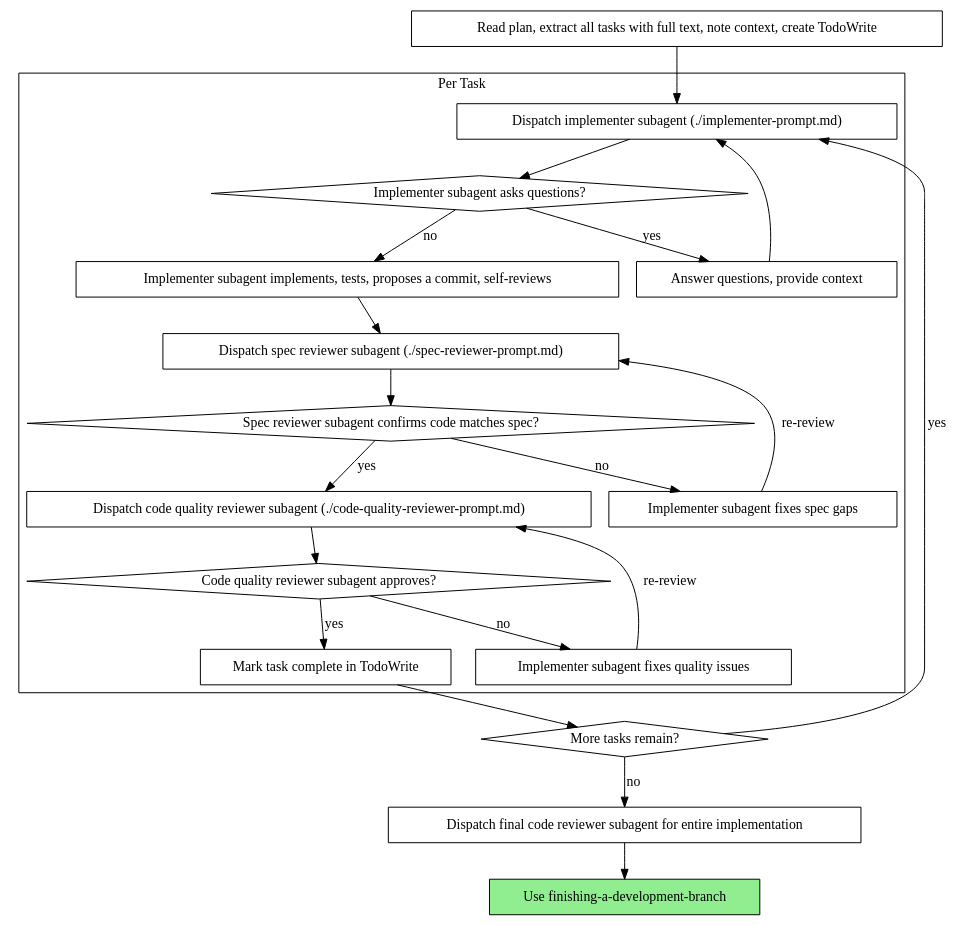
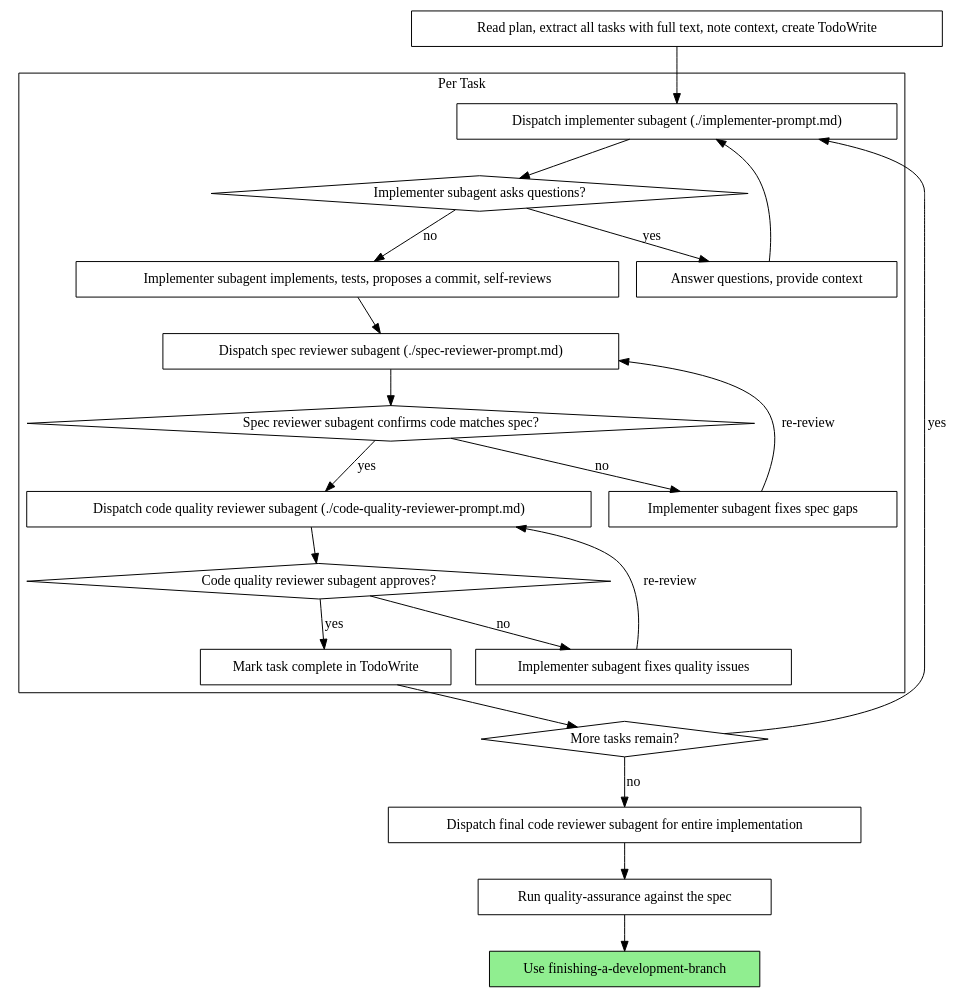
One commit to Ghosteken/agent-harness changed the second of 2 diagrams in skills/subagent-driven-development/SKILL.md. Above: the diagram before and after it, drawn with Graphviz. The commit also changed other lines of this file and 2 other files, not shown here.

First line of the commit message:
docs: add quality-assurance steps

````diff
--- a/skills/subagent-driven-development/SKILL.md
+++ b/skills/subagent-driven-development/SKILL.md
@@ -34,44 +34,46 @@
 ```dot
 digraph process {
     rankdir=TB;
 
     subgraph cluster_per_task {
         label="Per Task";
         "Dispatch implementer subagent (./implementer-prompt.md)" [shape=box];
         "Implementer subagent asks questions?" [shape=diamond];
         "Answer questions, provide context" [shape=box];
         "Implementer subagent implements, tests, proposes a commit, self-reviews" [shape=box];
         "Dispatch spec reviewer subagent (./spec-reviewer-prompt.md)" [shape=box];
         "Spec reviewer subagent confirms code matches spec?" [shape=diamond];
         "Implementer subagent fixes spec gaps" [shape=box];
         "Dispatch code quality reviewer subagent (./code-quality-reviewer-prompt.md)" [shape=box];
         "Code quality reviewer subagent approves?" [shape=diamond];
         "Implementer subagent fixes quality issues" [shape=box];
         "Mark task complete in TodoWrite" [shape=box];
     }
 
     "Read plan, extract all tasks with full text, note context, create TodoWrite" [shape=box];
     "More tasks remain?" [shape=diamond];
     "Dispatch final code reviewer subagent for entire implementation" [shape=box];
+    "Run quality-assurance against the spec" [shape=box];
     "Use finishing-a-development-branch" [shape=box style=filled fillcolor=lightgreen];
 
     "Read plan, extract all tasks with full text, note context, create TodoWrite" -> "Dispatch implementer subagent (./implementer-prompt.md)";
     "Dispatch implementer subagent (./implementer-prompt.md)" -> "Implementer subagent asks questions?";
     "Implementer subagent asks questions?" -> "Answer questions, provide context" [label="yes"];
     "Answer questions, provide context" -> "Dispatch implementer subagent (./implementer-prompt.md)";
     "Implementer subagent asks questions?" -> "Implementer subagent implements, tests, proposes a commit, self-reviews" [label="no"];
     "Implementer subagent implements, tests, proposes a commit, self-reviews" -> "Dispatch spec reviewer subagent (./spec-reviewer-prompt.md)";
     "Dispatch spec reviewer subagent (./spec-reviewer-prompt.md)" -> "Spec reviewer subagent confirms code matches spec?";
     "Spec reviewer subagent confirms code matches spec?" -> "Implementer subagent fixes spec gaps" [label="no"];
     "Implementer subagent fixes spec gaps" -> "Dispatch spec reviewer subagent (./spec-reviewer-prompt.md)" [label="re-review"];
     "Spec reviewer subagent confirms code matches spec?" -> "Dispatch code quality reviewer subagent (./code-quality-reviewer-prompt.md)" [label="yes"];
     "Dispatch code quality reviewer subagent (./code-quality-reviewer-prompt.md)" -> "Code quality reviewer subagent approves?";
     "Code quality reviewer subagent approves?" -> "Implementer subagent fixes quality issues" [label="no"];
     "Implementer subagent fixes quality issues" -> "Dispatch code quality reviewer subagent (./code-quality-reviewer-prompt.md)" [label="re-review"];
     "Code quality reviewer subagent approves?" -> "Mark task complete in TodoWrite" [label="yes"];
     "Mark task complete in TodoWrite" -> "More tasks remain?";
     "More tasks remain?" -> "Dispatch implementer subagent (./implementer-prompt.md)" [label="yes"];
     "More tasks remain?" -> "Dispatch final code reviewer subagent for entire implementation" [label="no"];
-    "Dispatch final code reviewer subagent for entire implementation" -> "Use finishing-a-development-branch";
+    "Dispatch final code reviewer subagent for entire implementation" -> "Run quality-assurance against the spec";
+    "Run quality-assurance against the spec" -> "Use finishing-a-development-branch";
 }
 ```
````
